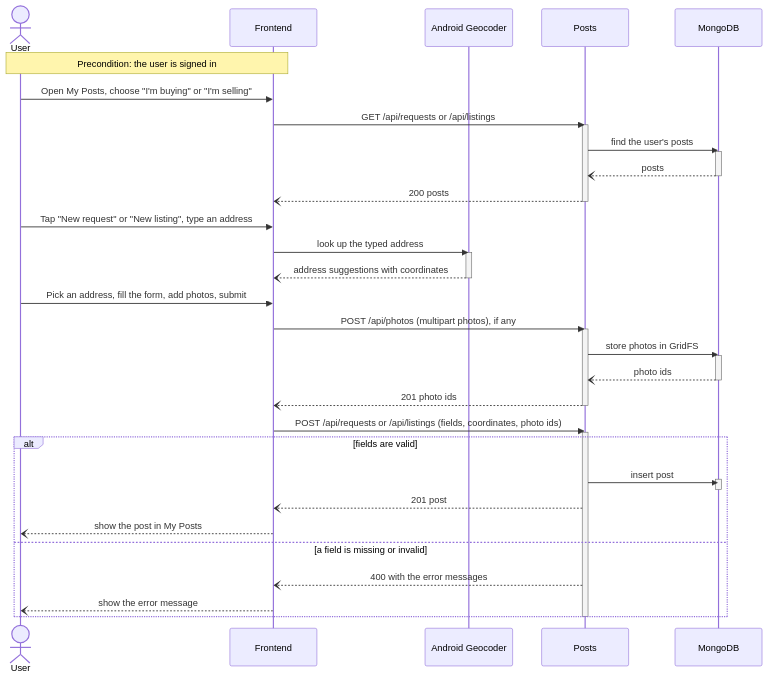
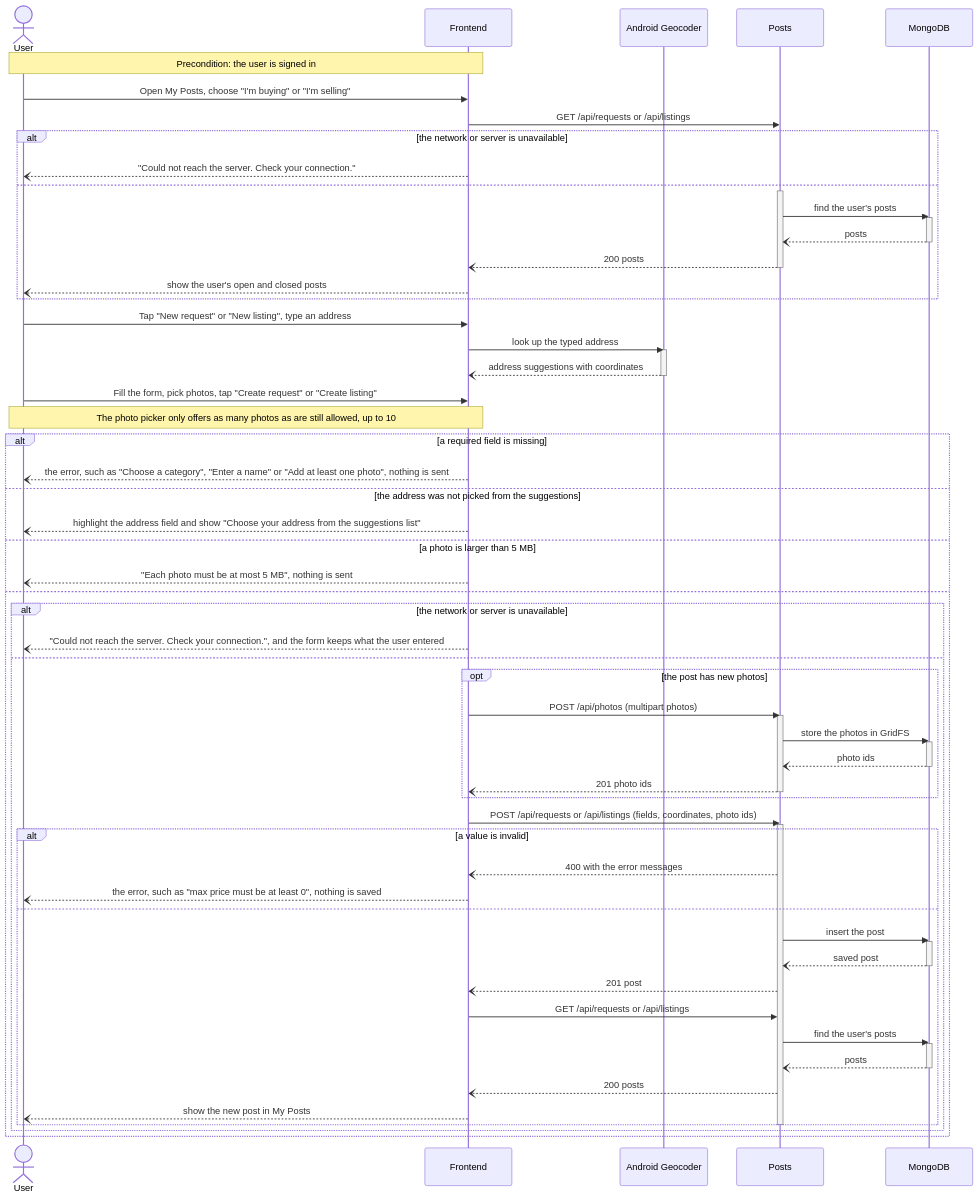
The second of 6 diagrams in documentation/Requirements_and_Design.md (m1lun/MatchMarket), drawn with Mermaid before and after one commit. The commit also changed other lines of this file, not shown here.

Commit message:
docs: show every use case failure in the other four sequence diagrams

````diff
--- a/documentation/Requirements_and_Design.md
+++ b/documentation/Requirements_and_Design.md
@@ -482,45 +483,72 @@
 ```mermaid
 sequenceDiagram
     actor U as User
     participant FE as Frontend
     participant GEO as Android Geocoder
     participant P as Posts
     participant DB as MongoDB
     Note over U,FE: Precondition: the user is signed in
     U->>FE: Open My Posts, choose "I'm buying" or "I'm selling"
     FE->>P: GET /api/requests or /api/listings
-    activate P
-    P->>DB: find the user's posts
-    activate DB
-    DB--)P: posts
-    deactivate DB
-    P--)FE: 200 posts
-    deactivate P
+    alt the network or server is unavailable
+        FE--)U: "Could not reach the server. Check your connection."
+    else
+        activate P
+        P->>DB: find the user's posts
+        activate DB
+        DB--)P: posts
+        deactivate DB
+        P--)FE: 200 posts
+        deactivate P
+        FE--)U: show the user's open and closed posts
+    end
     U->>FE: Tap "New request" or "New listing", type an address
     FE->>GEO: look up the typed address
     activate GEO
     GEO--)FE: address suggestions with coordinates
     deactivate GEO
-    U->>FE: Pick an address, fill the form, add photos, submit
-    FE->>P: POST /api/photos (multipart photos), if any
-    activate P
-    P->>DB: store photos in GridFS
-    activate DB
-    DB--)P: photo ids
-    deactivate DB
-    P--)FE: 201 photo ids
-    deactivate P
-    FE->>P: POST /api/requests or /api/listings (fields, coordinates, photo ids)
-    activate P
-    alt fields are valid
-        P->>DB: insert post
-        activate DB
-        deactivate DB
-        P--)FE: 201 post
-        FE--)U: show the post in My Posts
-    else a field is missing or invalid
-        P--)FE: 400 with the error messages
-        FE--)U: show the error message
+    U->>FE: Fill the form, pick photos, tap "Create request" or "Create listing"
+    Note over U,FE: The photo picker only offers as many photos as are still allowed, up to 10
+    alt a required field is missing
+        FE--)U: the error, such as "Choose a category", "Enter a name" or "Add at least one photo", nothing is sent
+    else the address was not picked from the suggestions
+        FE--)U: highlight the address field and show "Choose your address from the suggestions list"
+    else a photo is larger than 5 MB
+        FE--)U: "Each photo must be at most 5 MB", nothing is sent
+    else
+        alt the network or server is unavailable
+            FE--)U: "Could not reach the server. Check your connection.", and the form keeps what the user entered
+        else
+            opt the post has new photos
+                FE->>P: POST /api/photos (multipart photos)
+                activate P
+                P->>DB: store the photos in GridFS
+                activate DB
+                DB--)P: photo ids
+                deactivate DB
+                P--)FE: 201 photo ids
+                deactivate P
+            end
+            FE->>P: POST /api/requests or /api/listings (fields, coordinates, photo ids)
+            activate P
+            alt a value is invalid
+                P--)FE: 400 with the error messages
+                FE--)U: the error, such as "max price must be at least 0", nothing is saved
+            else
+                P->>DB: insert the post
+                activate DB
+                DB--)P: saved post
+                deactivate DB
+                P--)FE: 201 post
+                FE->>P: GET /api/requests or /api/listings
+                P->>DB: find the user's posts
+                activate DB
+                DB--)P: posts
+                deactivate DB
+                P--)FE: 200 posts
+                FE--)U: show the new post in My Posts
+            end
+            deactivate P
+        end
     end
-    deactivate P
 ```
````
